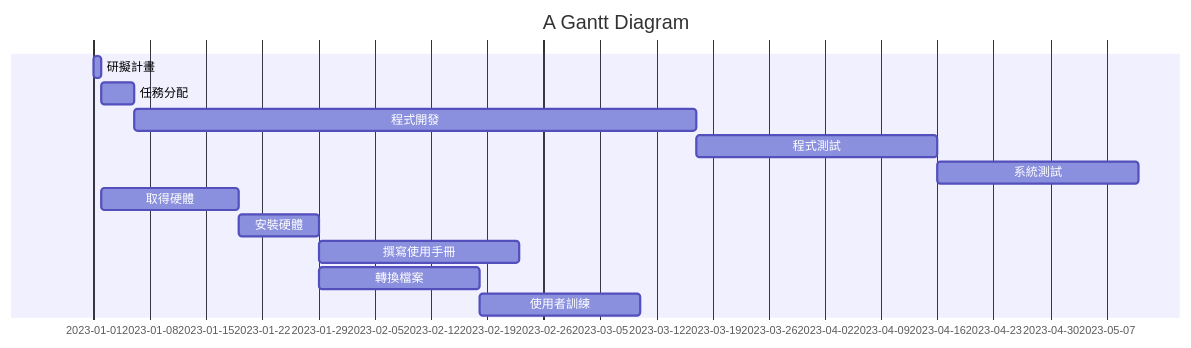
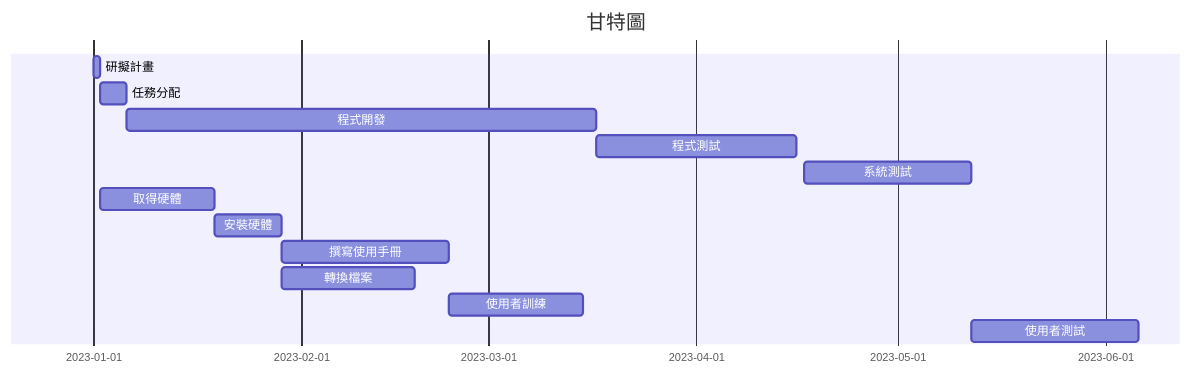
One commit to C110118109/23a changed the diagram in hw2.md. Above: the diagram before and after it, drawn with Mermaid. The commit also changed other lines of this file, not shown here.

````diff
--- a/hw2.md
+++ b/hw2.md
@@ -2,20 +2,18 @@
 ```mermaid
 gantt
-    title A Gantt Diagram
+    title 甘特圖
 
     
     研擬計畫	:a1,2023-01-01, 1d
     任務分配	:after a1  , 4d
-    程式開發	:70d
-    程式測試	:30d
-    系統測試	:25d
-
-
-    取得硬體	:a2,2023-01-02 , 17d
-    安裝硬體	:a3,2023-01-19,10d
+    程式開發	:a5,2023-01-06,70d
+    程式測試	:a6,2023-03-17,30d
+    系統測試	:a7,2023-04-17,25d
+    取得硬體	    :a2,2023-01-02 , 17d
+    安裝硬體	    :a3,2023-01-19,10d
     撰寫使用手冊	:after a3,25d
-    轉換檔案	:after a3,20d
-    使用者訓練    :a4,2023-02-18,20d
-
+    轉換檔案	    :after a3,20d
+    使用者訓練   :a4,2023-02-23,20d
+    使用者測試    :after a7,25d
     
 ```
````
